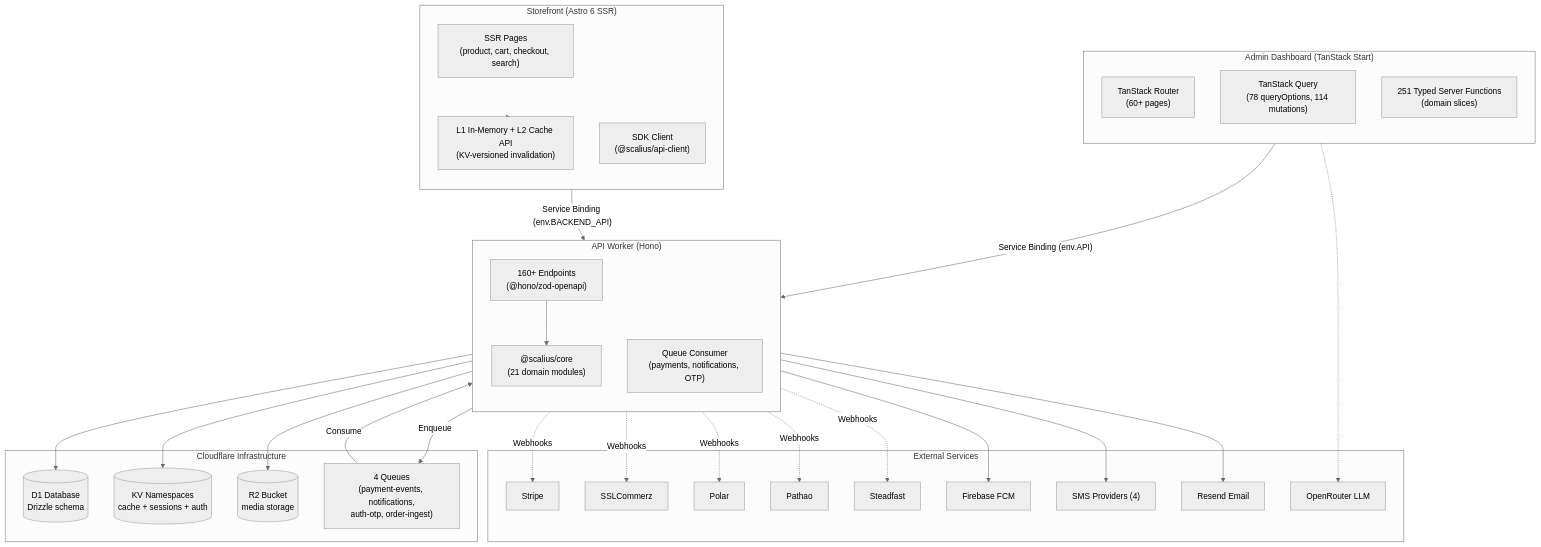
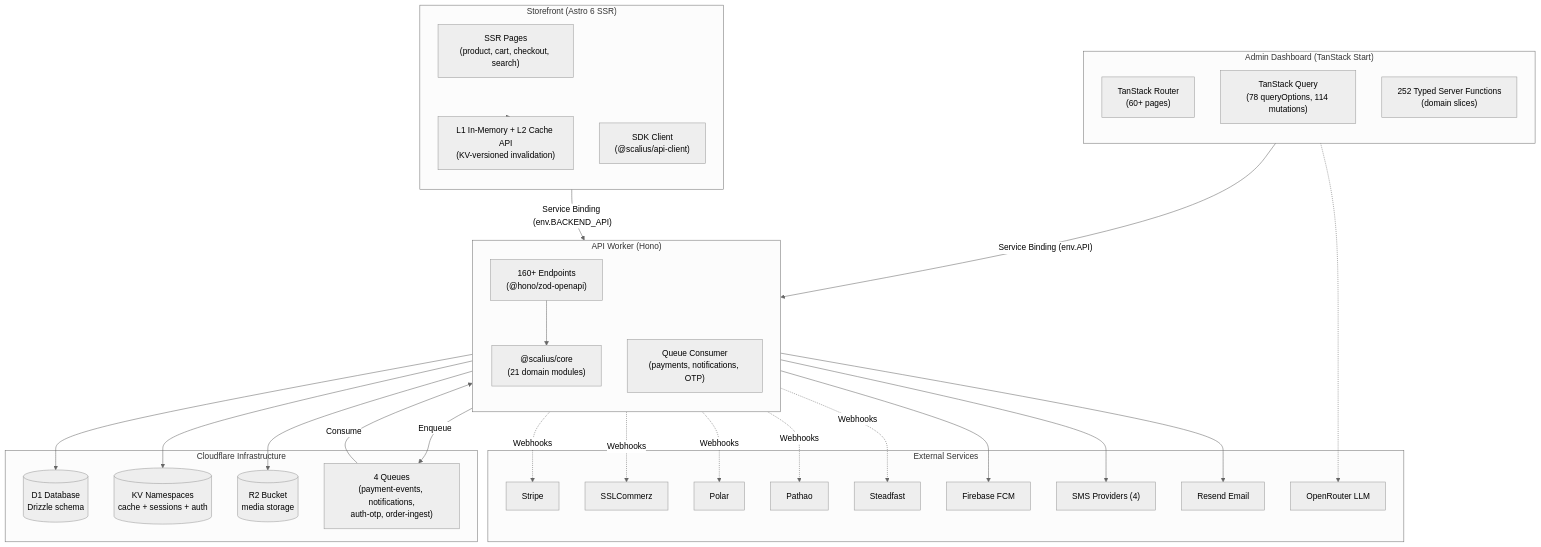
One commit to scaliuslabs/scalius-commerce-lite changed the first of 3 diagrams in README.MD. Above: the diagram before and after it, drawn with Mermaid (neutral theme). The commit also changed other lines of this file and 96 other files, not shown here.

````diff
--- a/README.MD
+++ b/README.MD
@@ -87,62 +87,62 @@
 ```mermaid
 flowchart TB
     subgraph AdminV2 ["Admin Dashboard (TanStack Start)"]
         direction TB
         TSRouter["TanStack Router<br/>(60+ pages)"]
         TSQuery["TanStack Query<br/>(78 queryOptions, 114 mutations)"]
-        ServerFns["251 Typed Server Functions<br/>(domain slices)"]
+        ServerFns["252 Typed Server Functions<br/>(domain slices)"]
     end
 
     subgraph Storefront ["Storefront (Astro 6 SSR)"]
         direction TB
         AstroPages["SSR Pages<br/>(product, cart, checkout, search)"]
         EdgeCache["L1 In-Memory + L2 Cache API<br/>(KV-versioned invalidation)"]
         SDKClient["SDK Client<br/>(@scalius/api-client)"]
     end
 
     subgraph API ["API Worker (Hono)"]
         direction TB
         HonoApp["160+ Endpoints<br/>(@hono/zod-openapi)"]
         QueueConsumer["Queue Consumer<br/>(payments, notifications, OTP)"]
         CoreModules["@scalius/core<br/>(21 domain modules)"]
     end
 
     subgraph Infra ["Cloudflare Infrastructure"]
         D1[(D1 Database<br/>Drizzle schema)]
         KV[(KV Namespaces<br/>cache + sessions + auth)]
         R2[(R2 Bucket<br/>media storage)]
         Queues["4 Queues<br/>(payment-events, notifications,<br/>auth-otp, order-ingest)"]
     end
 
     subgraph External ["External Services"]
         Stripe["Stripe"]
         SSLCommerz["SSLCommerz"]
         Polar["Polar"]
         Pathao["Pathao"]
         Steadfast["Steadfast"]
         Firebase["Firebase FCM"]
         SMS["SMS Providers (4)"]
         Resend["Resend Email"]
         OpenRouter["OpenRouter LLM"]
     end
 
     AdminV2 -->|"Service Binding (env.API)"| API
     Storefront -->|"Service Binding (env.BACKEND_API)"| API
     API --> D1
     API --> KV
     API --> R2
     API -->|Enqueue| Queues
     Queues -->|Consume| QueueConsumer
     QueueConsumer --> Firebase
     QueueConsumer --> SMS
     QueueConsumer --> Resend
     HonoApp --> CoreModules
     Storefront --> EdgeCache
 
     API -.->|Webhooks| Stripe
     API -.->|Webhooks| SSLCommerz
     API -.->|Webhooks| Polar
     API -.->|Webhooks| Pathao
     API -.->|Webhooks| Steadfast
     AdminV2 -.-> OpenRouter
 ```
````
